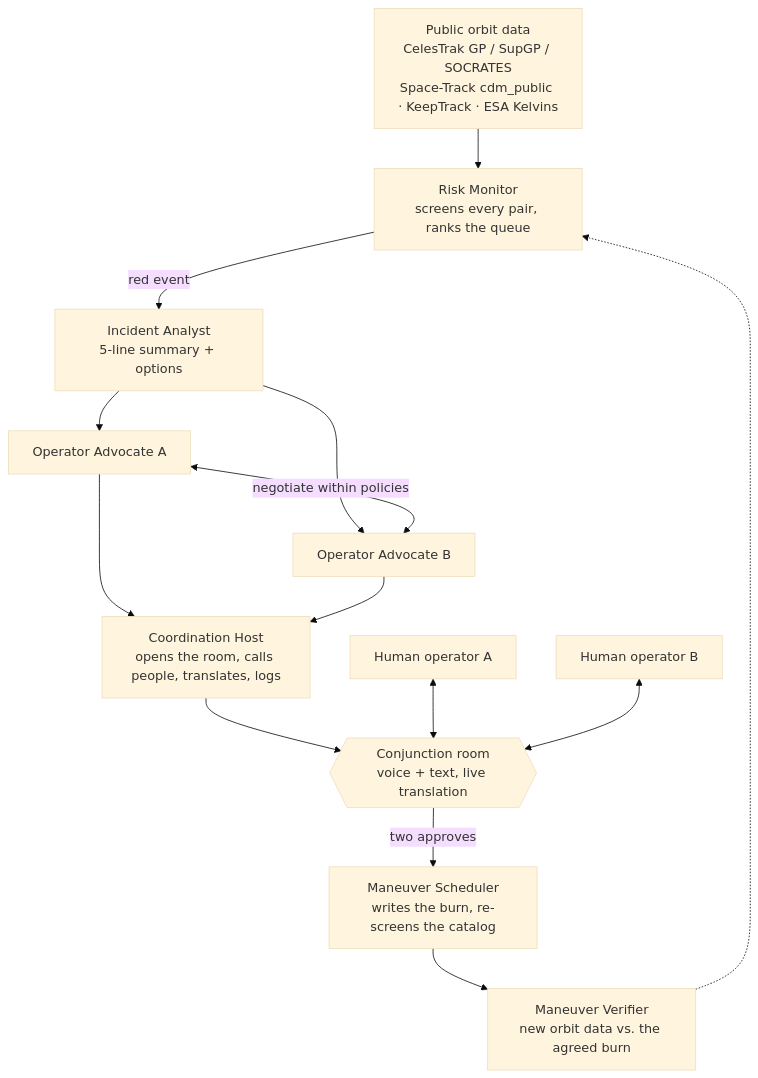
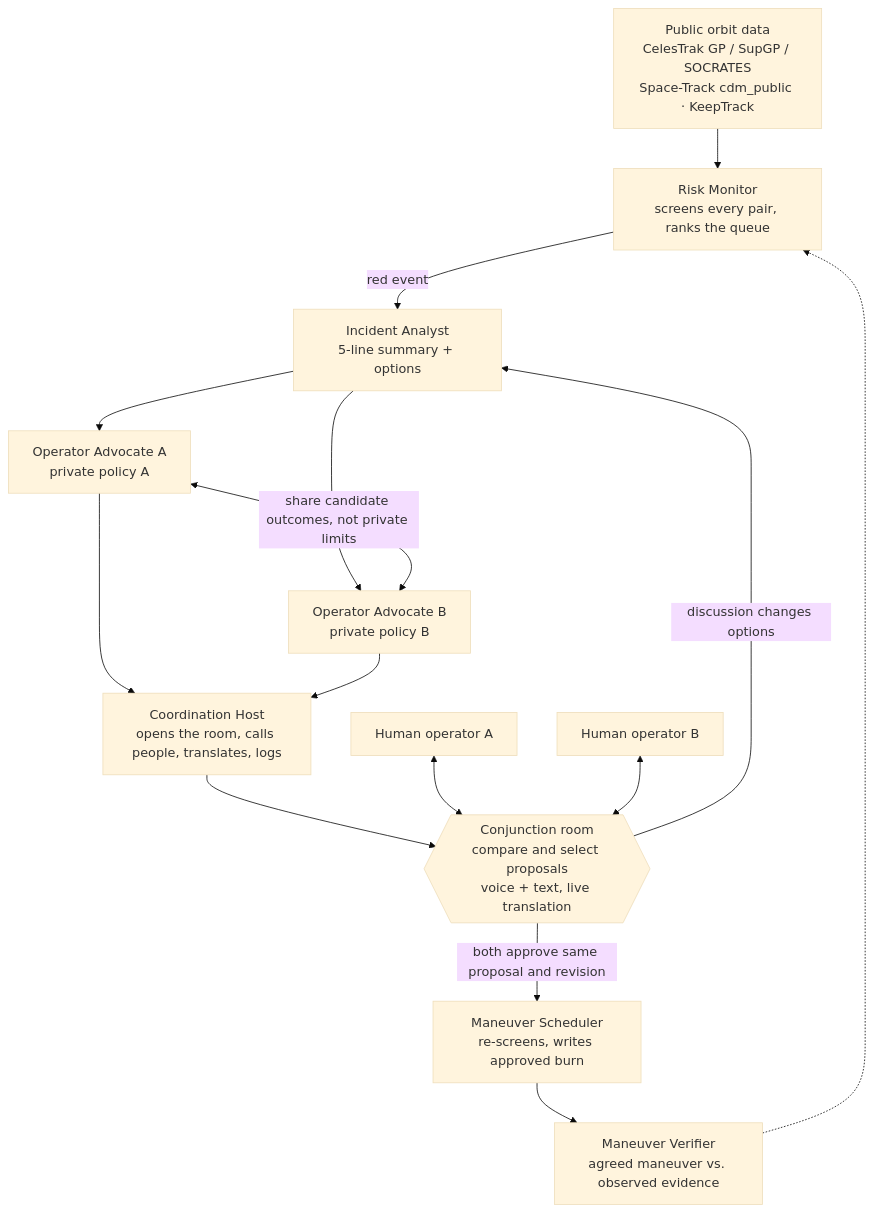
One commit to ksavkin/OrbitCall changed the diagram in README.md. Above: the diagram before and after it, drawn with Mermaid (base theme). The commit also changed other lines of this file and 3 other files, not shown here.

````diff
--- a/README.md
+++ b/README.md
@@ -30,16 +30,17 @@
 ```mermaid
 flowchart TD
-    D["Public orbit data<br/>CelesTrak GP / SupGP / SOCRATES<br/>Space-Track cdm_public · KeepTrack · ESA Kelvins"] --> S[Risk Monitor<br/>screens every pair, ranks the queue]
+    D["Public orbit data<br/>CelesTrak GP / SupGP / SOCRATES<br/>Space-Track cdm_public · KeepTrack"] --> S[Risk Monitor<br/>screens every pair, ranks the queue]
     S -- "red event" --> AN[Incident Analyst<br/>5-line summary + options]
-    AN --> OA[Operator Advocate A]
-    AN --> OB[Operator Advocate B]
-    OA <-- "negotiate within policies" --> OB
+    AN --> OA[Operator Advocate A<br/>private policy A]
+    AN --> OB[Operator Advocate B<br/>private policy B]
+    OA <-- "share candidate outcomes, not private limits" --> OB
     OA --> DI[Coordination Host<br/>opens the room, calls people, translates, logs]
     OB --> DI
-    DI --> R{{"Conjunction room<br/>voice + text, live translation"}}
+    DI --> R{{"Conjunction room<br/>compare and select proposals<br/>voice + text, live translation"}}
     HA[Human operator A] <--> R
     HB[Human operator B] <--> R
-    R -- "two approves" --> EX[Maneuver Scheduler<br/>writes the burn, re-screens the catalog]
-    EX --> VE[Maneuver Verifier<br/>new orbit data vs. the agreed burn]
+    R -- "discussion changes options" --> AN
+    R -- "both approve same proposal and revision" --> EX[Maneuver Scheduler<br/>re-screens, writes approved burn]
+    EX --> VE[Maneuver Verifier<br/>agreed maneuver vs. observed evidence]
     VE -.-> S
 ```
````
